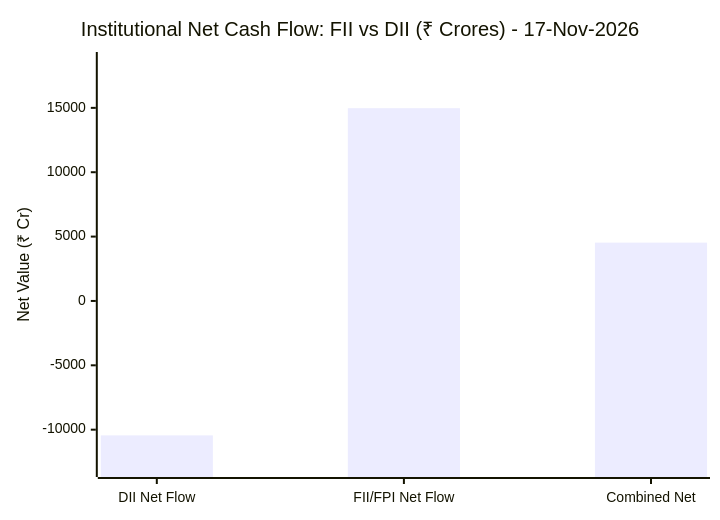
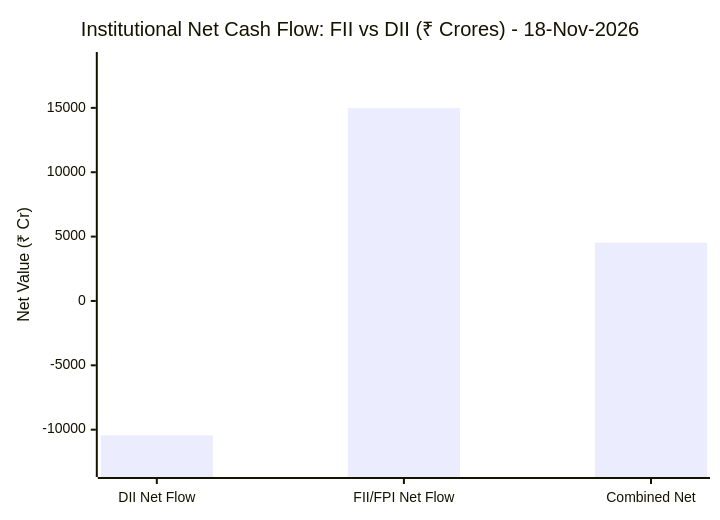
One commit to purnareddy9/dev changed the diagram in market-intelligence/README.md. Above: the diagram before and after it, drawn with Mermaid. The commit also changed other lines of this file and 4 other files, not shown here.

````diff
--- a/market-intelligence/README.md
+++ b/market-intelligence/README.md
@@ -65,7 +65,7 @@
 ```mermaid
 xychart-beta
-    title "Institutional Net Cash Flow: FII vs DII (₹ Crores) - 17-Nov-2026"
+    title "Institutional Net Cash Flow: FII vs DII (₹ Crores) - 18-Nov-2026"
     x-axis ["DII Net Flow", "FII/FPI Net Flow", "Combined Net"]
     y-axis "Net Value (₹ Cr)" -13055 --> 18718
     bar [-10444.54, 14974.68, 4530.14]
 ```
````
